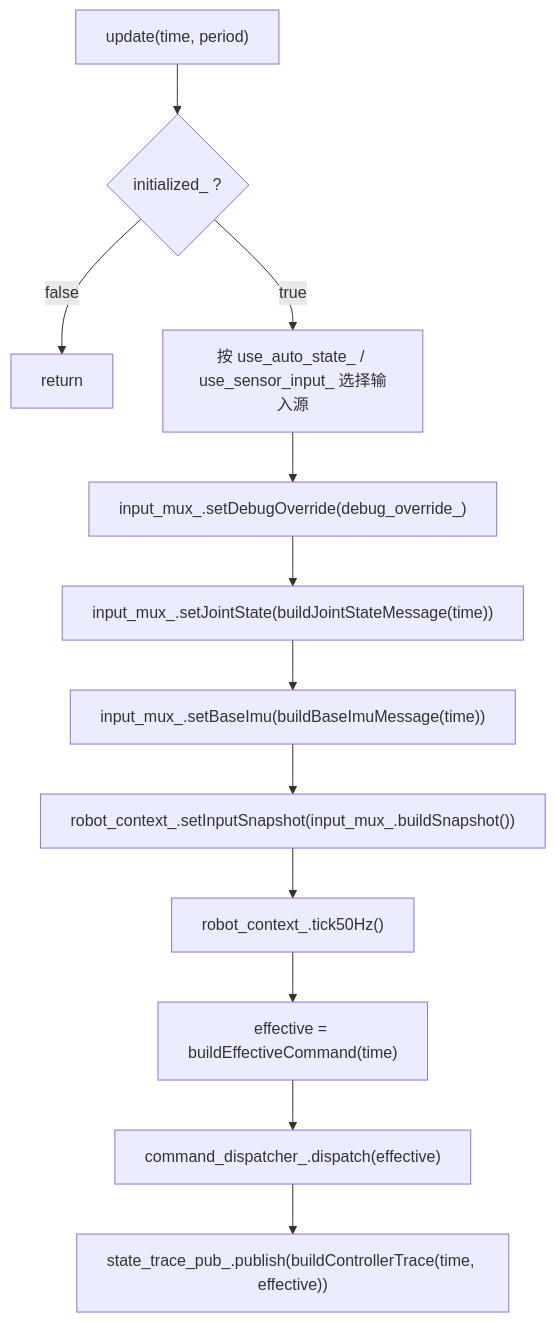
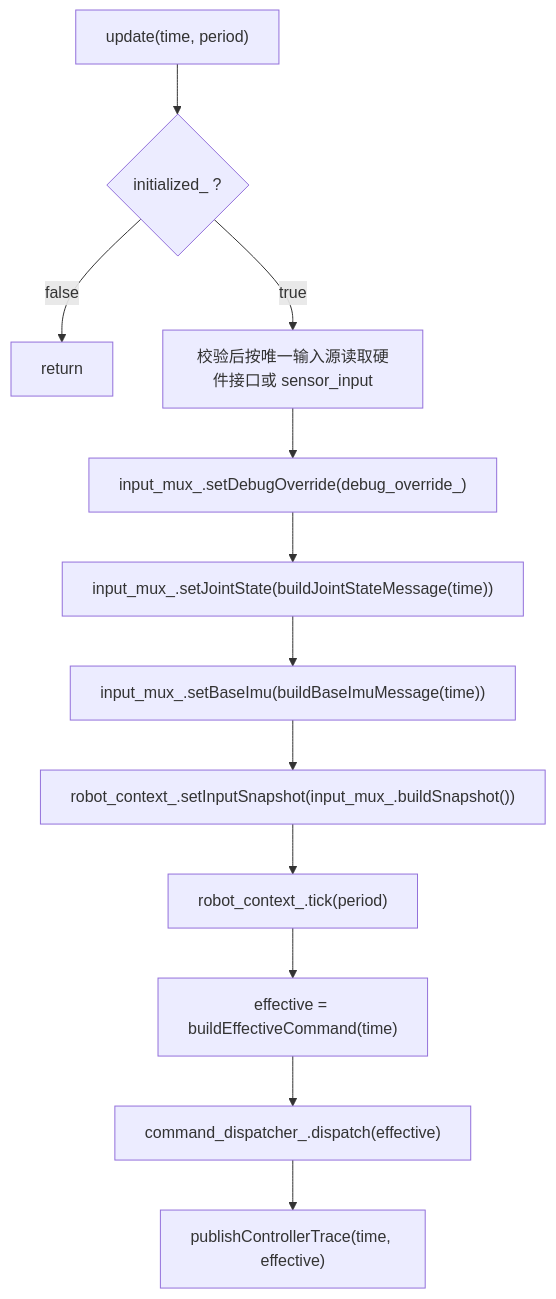
One commit to major173/b29_control changed the first of 12 diagrams in b29_controllers/b29_smc_auto_controller/OBSTACLE_CROSSING_WORKFLOW.md. Above: the diagram before and after it, drawn with Mermaid. The commit also changed other lines of this file and 63 other files, not shown here.

````diff
--- a/b29_controllers/b29_smc_auto_controller/OBSTACLE_CROSSING_WORKFLOW.md
+++ b/b29_controllers/b29_smc_auto_controller/OBSTACLE_CROSSING_WORKFLOW.md
@@ -16,14 +16,14 @@
 ```mermaid
 flowchart TD
   U0["update(time, period)"] --> U1{"initialized_ ?"}
   U1 -- false --> UEND["return"]
-  U1 -- true --> U2["按 use_auto_state_ / use_sensor_input_ 选择输入源"]
+  U1 -- true --> U2["校验后按唯一输入源读取硬件接口或 sensor_input"]
   U2 --> U3["input_mux_.setDebugOverride(debug_override_)"]
   U3 --> U4["input_mux_.setJointState(buildJointStateMessage(time))"]
   U4 --> U5["input_mux_.setBaseImu(buildBaseImuMessage(time))"]
   U5 --> U6["robot_context_.setInputSnapshot(input_mux_.buildSnapshot())"]
-  U6 --> U7["robot_context_.tick50Hz()"]
+  U6 --> U7["robot_context_.tick(period)"]
   U7 --> U8["effective = buildEffectiveCommand(time)"]
   U8 --> U9["command_dispatcher_.dispatch(effective)"]
-  U9 --> U10["state_trace_pub_.publish(buildControllerTrace(time, effective))"]
+  U9 --> U10["publishControllerTrace(time, effective)"]
 ```
````
